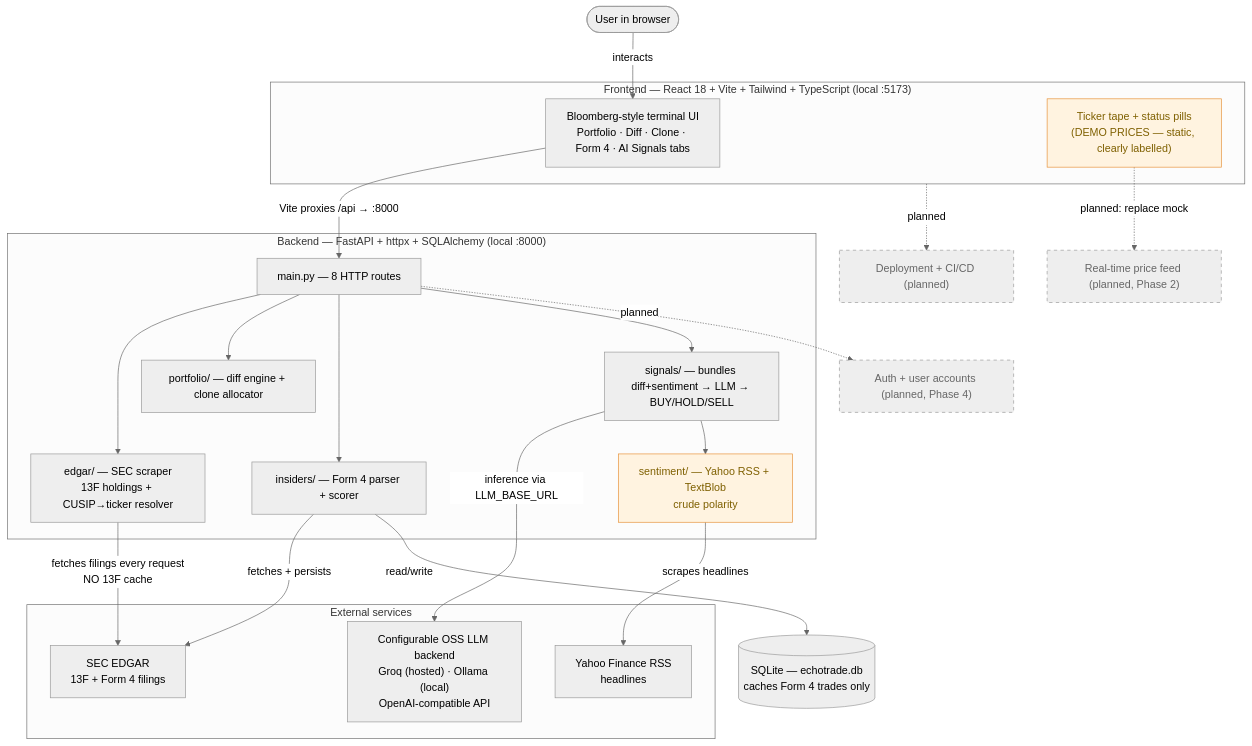
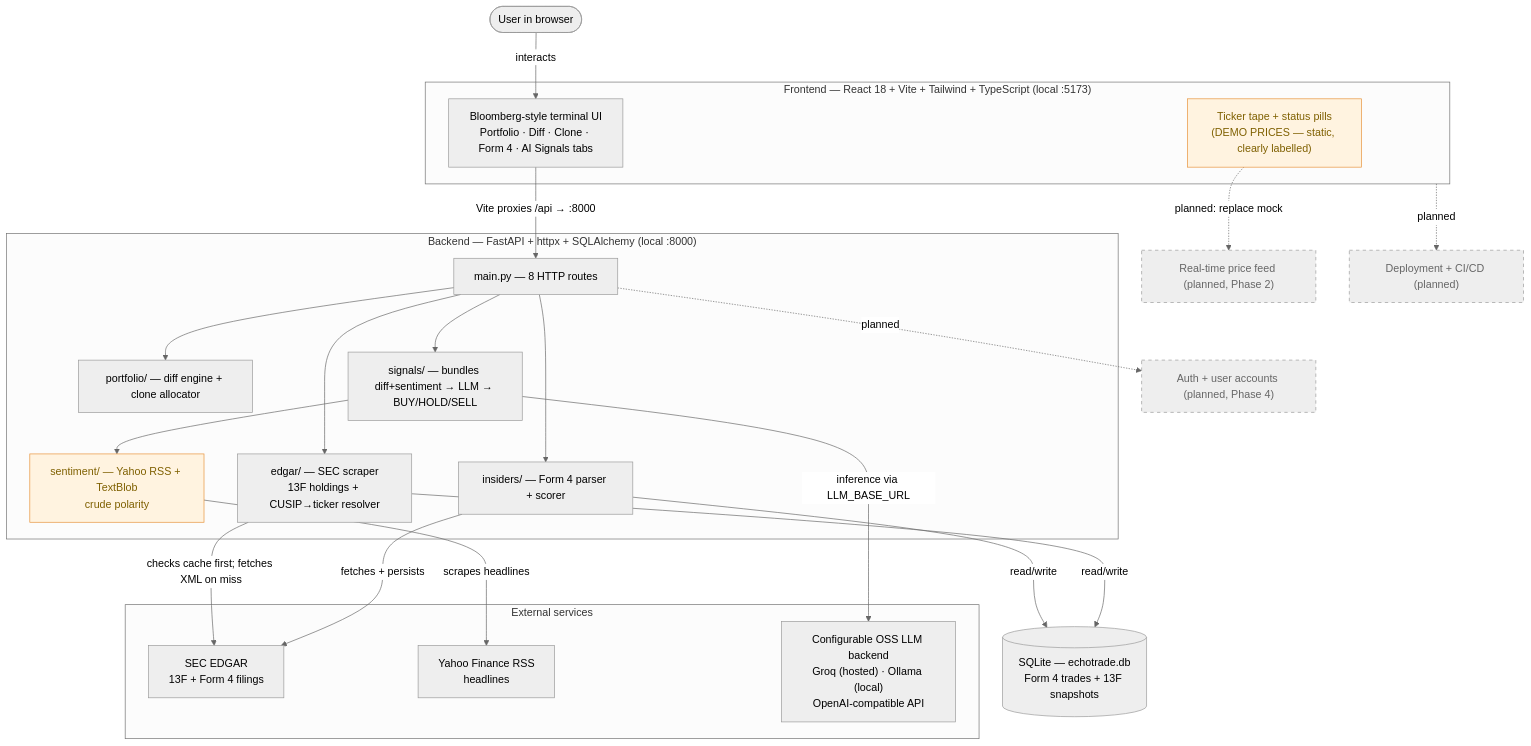
One commit to scontractor/EchoTrade-AI changed the diagram in docs/architecture.md. Above: the diagram before and after it, drawn with Mermaid (neutral theme). The commit also changed other lines of this file and 1 other file, not shown here.

First line of the commit message:
docs: ADR 0005 + update architecture.md for 13F snapshot cache

````diff
--- a/docs/architecture.md
+++ b/docs/architecture.md
@@ -11,52 +11,53 @@
 ```mermaid
 flowchart TD
     User([User in browser])
 
     subgraph Frontend["Frontend — React 18 + Vite + Tailwind + TypeScript (local :5173)"]
         UI[Bloomberg-style terminal UI<br/>Portfolio · Diff · Clone · Form 4 · AI Signals tabs]
         TopBar["Ticker tape + status pills<br/>(DEMO PRICES — static, clearly labelled)"]
     end
 
     subgraph Backend["Backend — FastAPI + httpx + SQLAlchemy (local :8000)"]
         API[main.py — 8 HTTP routes]
         Edgar[edgar/ — SEC scraper<br/>13F holdings + CUSIP→ticker resolver]
         Portfolio[portfolio/ — diff engine + clone allocator]
         Insiders[insiders/ — Form 4 parser + scorer]
         Sentiment[sentiment/ — Yahoo RSS + TextBlob<br/>crude polarity]
         Signals[signals/ — bundles diff+sentiment → LLM → BUY/HOLD/SELL]
     end
 
-    DB[("SQLite — echotrade.db<br/>caches Form 4 trades only")]
+    DB[("SQLite — echotrade.db<br/>Form 4 trades + 13F snapshots")]
 
     subgraph External["External services"]
         SEC["SEC EDGAR<br/>13F + Form 4 filings"]
         Yahoo["Yahoo Finance RSS<br/>headlines"]
         LLM["Configurable OSS LLM backend<br/>Groq (hosted) · Ollama (local)<br/>OpenAI-compatible API"]
     end
 
     User -->|interacts| UI
     UI -->|Vite proxies /api → :8000| API
     API --> Edgar
     API --> Portfolio
     API --> Insiders
     API --> Signals
-    Edgar -->|fetches filings every request<br/>NO 13F cache| SEC
+    Edgar -->|checks cache first; fetches XML on miss| SEC
     Insiders -->|fetches + persists| SEC
     Insiders -->|read/write| DB
+    Edgar -->|read/write| DB
     Sentiment -->|scrapes headlines| Yahoo
     Signals -->|inference via LLM_BASE_URL| LLM
     Signals --> Sentiment
 
     Auth["Auth + user accounts (planned, Phase 4)"]
     Prices["Real-time price feed (planned, Phase 2)"]
     Deploy["Deployment + CI/CD (planned)"]
 
     API -.->|planned| Auth
     TopBar -.->|planned: replace mock| Prices
     Frontend -.->|planned| Deploy
 
     classDef planned fill:#eee,stroke:#999,color:#666,stroke-dasharray: 5 5;
     classDef mock fill:#fff3e0,stroke:#e69138,color:#7f6000;
     class Auth,Prices,Deploy planned;
     class TopBar,Sentiment mock;
 ```
````
